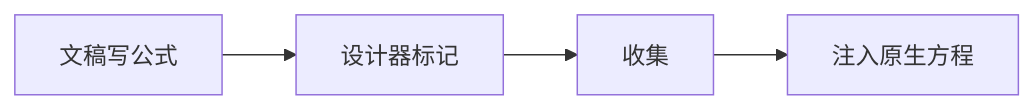
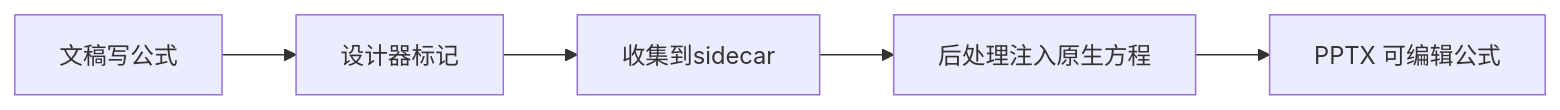
Before and after one commit to int2t05/internship: the ninth of 12 diagrams in .manuscript.md, drawn with Mermaid. The commit also changed other lines of this file and 62 other files, not shown here.

````diff
--- a/.manuscript.md
+++ b/.manuscript.md
@@ -327,6 +346,7 @@
 ```mermaid
 flowchart LR
     R[文稿写公式] --> D[设计器标记]
-    D --> C[收集]
-    C --> I[注入原生方程]
+    D --> C[收集到sidecar]
+    C --> I[后处理注入原生方程]
+    I --> P[PPTX 可编辑公式]
 ```
````
